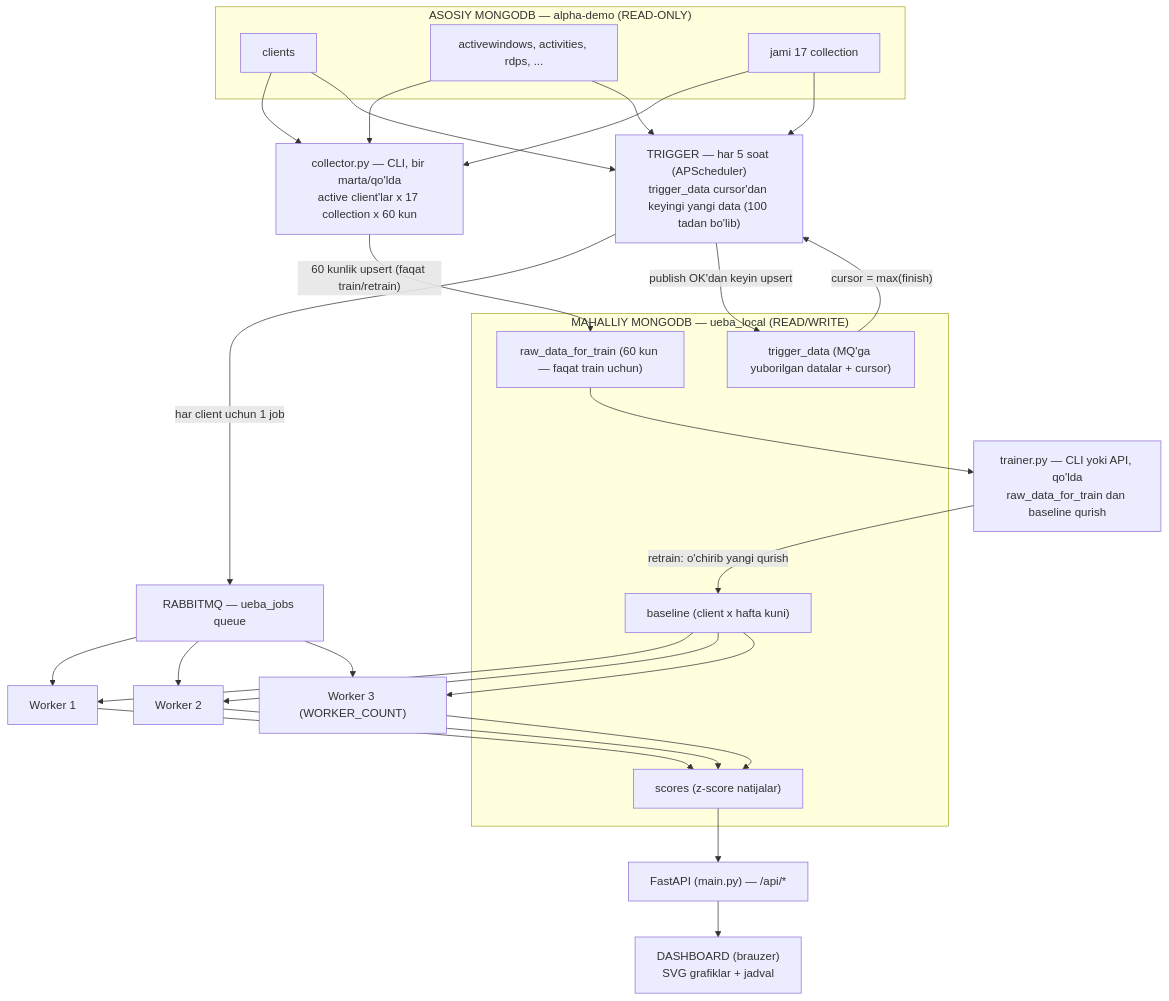
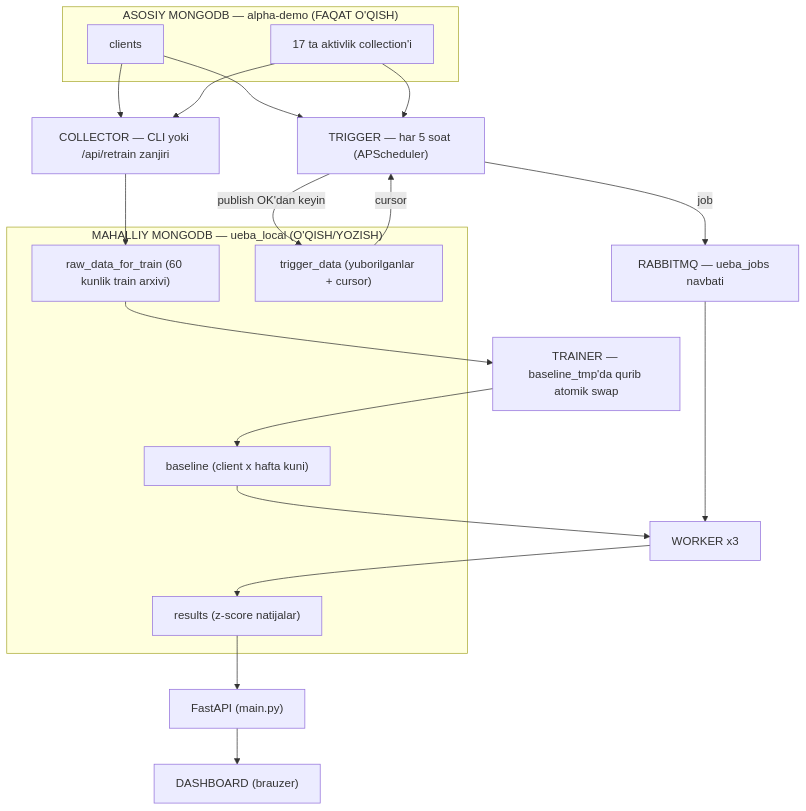
The diagram in UEBA_PIPELINE_ARCHITECTURE_V2.md (Ahmadjon0125/work_hours_for_ueba_project), drawn with Mermaid before and after one commit. The commit also changed other lines of this file, not shown here.

Commit message:
ueba V2 arxitektura plani yakunlandi: results nomlash, retrain zanjiri (dashboard tugmasi, atomik swap), trigger faqat avtomatik, mq/ paket, insufficient result, retention 365

````diff
--- a/UEBA_PIPELINE_ARCHITECTURE_V2.md
+++ b/UEBA_PIPELINE_ARCHITECTURE_V2.md
@@ -39,49 +40,38 @@
 ```mermaid
 flowchart TD
-    subgraph MAIN["ASOSIY MONGODB — alpha-demo (READ-ONLY)"]
+    subgraph MAIN["ASOSIY MONGODB — alpha-demo (FAQAT O'QISH)"]
         C["clients"]
-        E1["activewindows, activities, rdps, ..."]
-        E4["jami 17 collection"]
+        E["17 ta aktivlik collection'i"]
     end
 
-    subgraph LOCAL["MAHALLIY MONGODB — ueba_local (READ/WRITE)"]
-        R["raw_data_for_train (60 kun — faqat train uchun)"]
-        T["trigger_data (MQ'ga yuborilgan datalar + cursor)"]
+    subgraph LOCAL["MAHALLIY MONGODB — ueba_local (O'QISH/YOZISH)"]
+        R["raw_data_for_train (60 kunlik train arxivi)"]
         B["baseline (client x hafta kuni)"]
-        S["scores (z-score natijalar)"]
+        T["trigger_data (yuborilganlar + cursor)"]
+        S["results (z-score natijalar)"]
     end
 
-    COL["collector.py — CLI, bir marta/qo'lda<br/>active client'lar x 17 collection x 60 kun"]
-    TRN["trainer.py — CLI yoki API, qo'lda<br/>raw_data_for_train dan baseline qurish"]
-    TRG["TRIGGER — har 5 soat (APScheduler)<br/>trigger_data cursor'dan keyingi yangi data (100 tadan bo'lib)"]
-    RMQ["RABBITMQ — ueba_jobs queue"]
-    W1["Worker 1"]
-    W2["Worker 2"]
-    W3["Worker 3 (WORKER_COUNT)"]
-    API["FastAPI (main.py) — /api/*"]
-    DASH["DASHBOARD (brauzer)<br/>SVG grafiklar + jadval"]
+    COL["COLLECTOR — CLI yoki /api/retrain zanjiri"]
+    TRN["TRAINER — baseline_tmp'da qurib atomik swap"]
+    TRG["TRIGGER — har 5 soat (APScheduler)"]
+    RMQ["RABBITMQ — ueba_jobs navbati"]
+    W["WORKER x3"]
+    API["FastAPI (main.py)"]
+    DASH["DASHBOARD (brauzer)"]
 
     C --> COL
-    E1 --> COL
-    E4 --> COL
-    COL -- "60 kunlik upsert (faqat train/retrain)" --> R
+    E --> COL
+    COL --> R
     R --> TRN
-    TRN -- "retrain: o'chirib yangi qurish" --> B
+    TRN --> B
     C --> TRG
-    E1 --> TRG
-    E4 --> TRG
-    T -- "cursor = max(finish)" --> TRG
-    TRG -- "har client uchun 1 job" --> RMQ
-    TRG -- "publish OK'dan keyin upsert" --> T
-    RMQ --> W1
-    RMQ --> W2
-    RMQ --> W3
-    B --> W1
-    B --> W2
-    B --> W3
-    W1 --> S
-    W2 --> S
-    W3 --> S
+    E --> TRG
+    T -- "cursor" --> TRG
+    TRG -- "job" --> RMQ
+    TRG -- "publish OK'dan keyin" --> T
+    RMQ --> W
+    B --> W
+    W --> S
     S --> API
     API --> DASH
 ```
````
